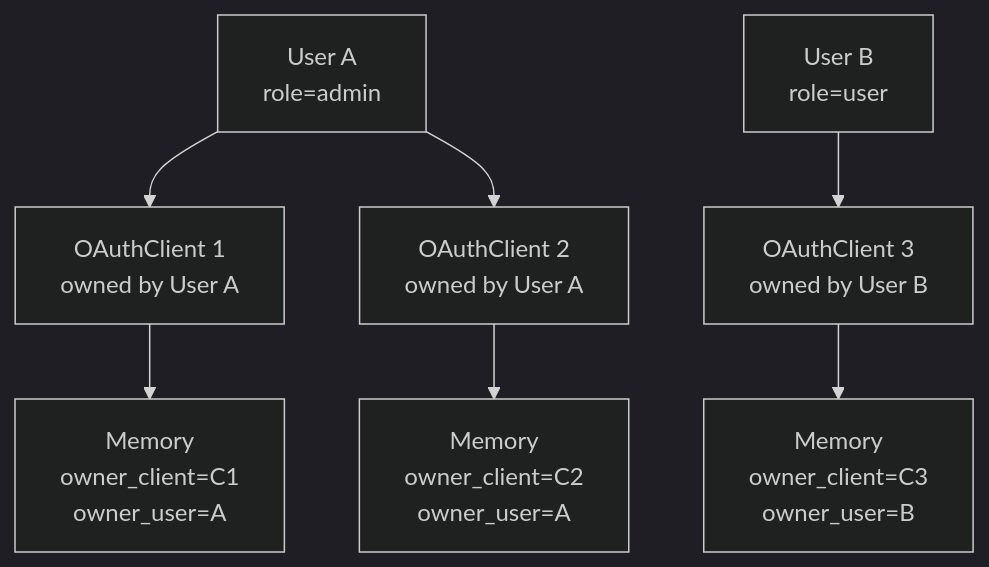
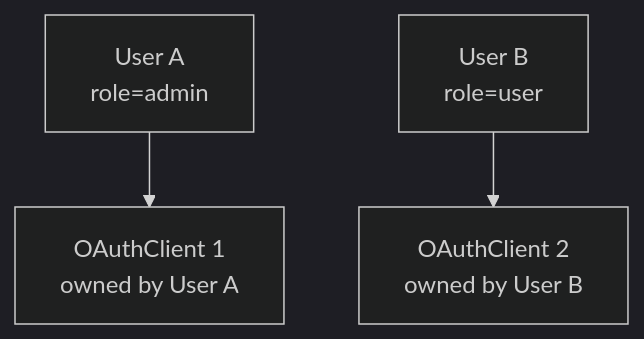
Before and after one commit to warlordofmars/agentcore-starter: the fifth of 5 diagrams in docs/architecture.md, drawn with Mermaid (dark theme). The commit also changed other lines of this file and 11 other files, not shown here.

````diff
--- a/docs/architecture.md
+++ b/docs/architecture.md
@@ -355,19 +164,11 @@
 ```mermaid
 graph TD
     U1[User A<br/>role=admin]
     U2[User B<br/>role=user]
 
     C1[OAuthClient 1<br/>owned by User A]
-    C2[OAuthClient 2<br/>owned by User A]
-    C3[OAuthClient 3<br/>owned by User B]
+    C2[OAuthClient 2<br/>owned by User B]
 
-    M1[Memory<br/>owner_client=C1<br/>owner_user=A]
-    M2[Memory<br/>owner_client=C2<br/>owner_user=A]
-    M3[Memory<br/>owner_client=C3<br/>owner_user=B]
-
-    U1 --> C1 & C2
-    U2 --> C3
-    C1 --> M1
-    C2 --> M2
-    C3 --> M3
+    U1 --> C1
+    U2 --> C2
 ```
````
